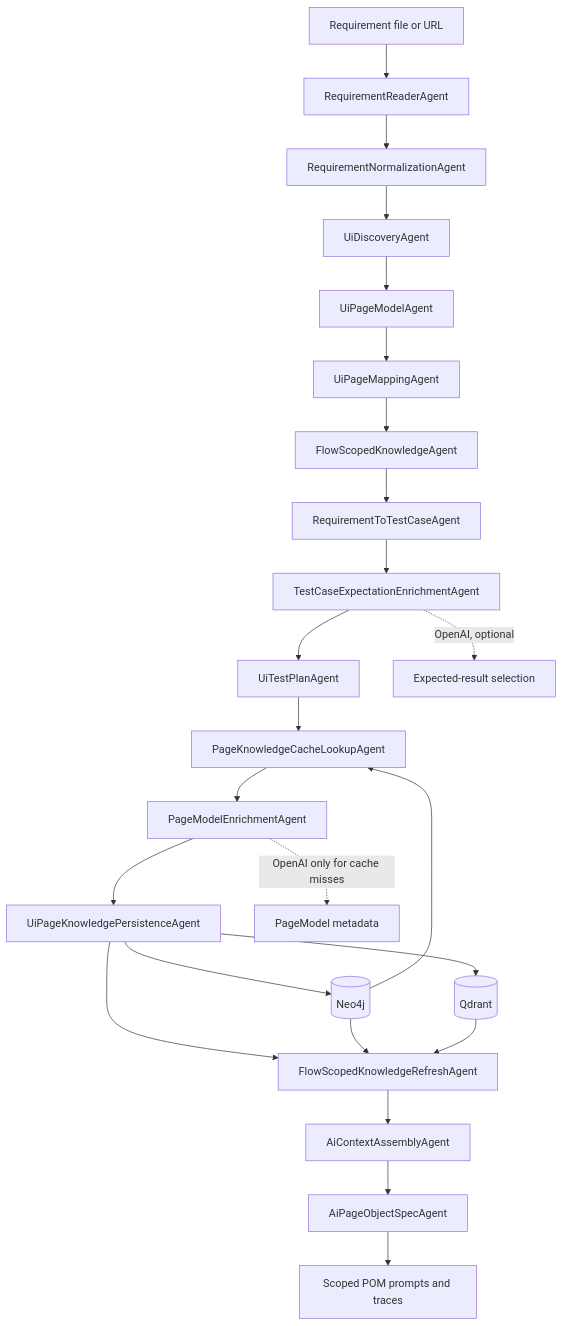
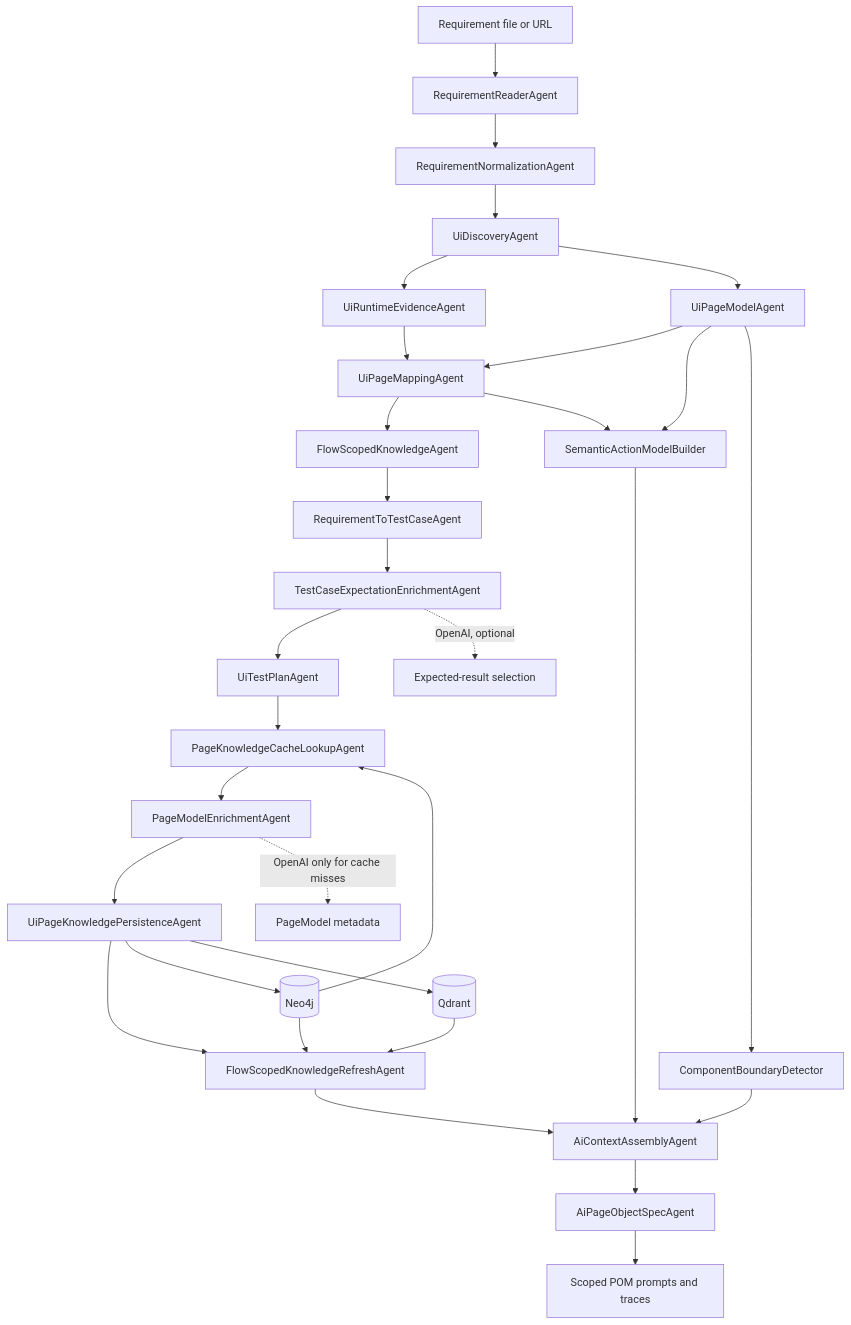
The first of 5 diagrams in docs/CURRENT_AI_UI_ARCHITECTURE.md (PKrasytskyi/AQAI), drawn with Mermaid before and after one commit. The commit also changed other lines of this file and 194 other files, not shown here.

````diff
--- a/docs/CURRENT_AI_UI_ARCHITECTURE.md
+++ b/docs/CURRENT_AI_UI_ARCHITECTURE.md
@@ -18,27 +18,34 @@
 ```mermaid
 flowchart TD
     A[Requirement file or URL] --> B[RequirementReaderAgent]
     B --> C[RequirementNormalizationAgent]
     C --> D[UiDiscoveryAgent]
+    D --> RE[UiRuntimeEvidenceAgent]
     D --> E[UiPageModelAgent]
-    E --> F[UiPageMappingAgent]
+    RE --> F[UiPageMappingAgent]
+    E --> F
     F --> G[FlowScopedKnowledgeAgent]
     G --> H[RequirementToTestCaseAgent]
     H --> I[TestCaseExpectationEnrichmentAgent]
     I --> J[UiTestPlanAgent]
     J --> K[PageKnowledgeCacheLookupAgent]
     K --> L[PageModelEnrichmentAgent]
     L --> M[UiPageKnowledgePersistenceAgent]
     M --> N[FlowScopedKnowledgeRefreshAgent]
     N --> O[AiContextAssemblyAgent]
+    E --> SE[SemanticActionModelBuilder]
+    E --> CM[ComponentBoundaryDetector]
+    F --> SE
+    CM --> O
+    SE --> O
     O --> P[AiPageObjectSpecAgent]
     P --> S[Scoped POM prompts and traces]
 
     I -. OpenAI, optional .-> AI1[Expected-result selection]
     L -. OpenAI only for cache misses .-> AI2[PageModel metadata]
     M --> Q[(Neo4j)]
     M --> R[(Qdrant)]
     Q --> K
     Q --> N
     R --> N
 ```
````
